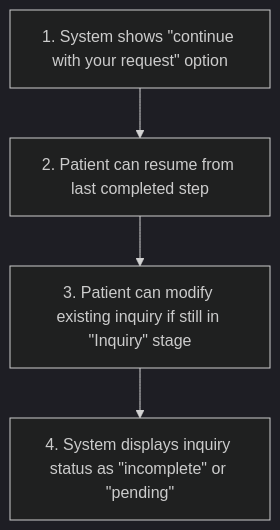
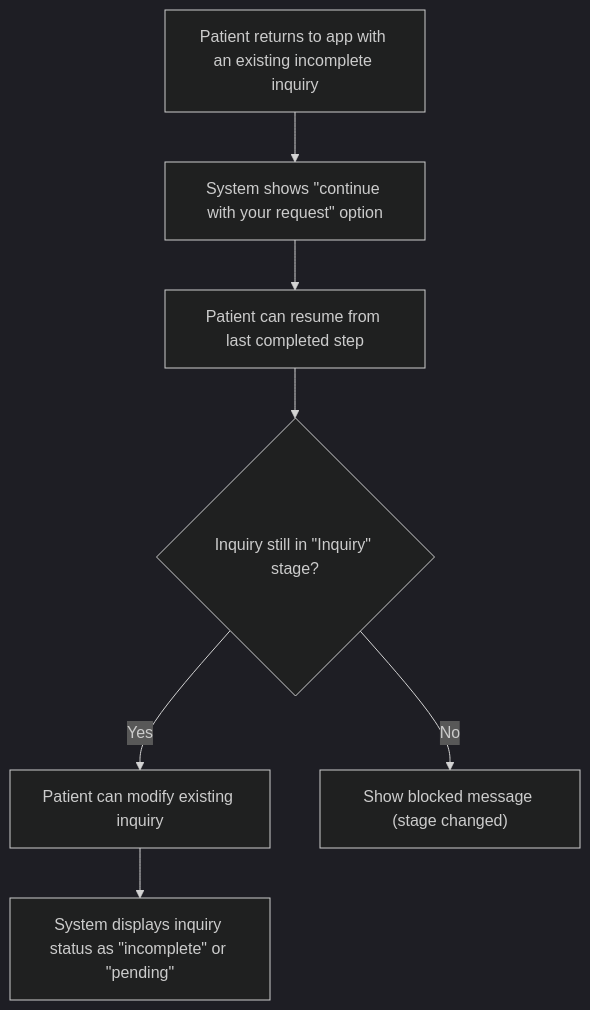
Before and after one commit to joachimtrungtuan/hairline-pm-docs: the third of 14 diagrams in project-requirements/functional-requirements/fr003-inquiry-submission/prd.md, drawn with Mermaid (dark theme). The commit also changed other lines of this file and 12 other files, not shown here.

Commit message:
Update task automation scripts and update FR-003 flows into Mermaid format

````diff
--- a/project-requirements/functional-requirements/fr003-inquiry-submission/prd.md
+++ b/project-requirements/functional-requirements/fr003-inquiry-submission/prd.md
@@ -148,6 +136,9 @@
 ```mermaid
 flowchart TD
-  A2S1["1. System shows &quot;continue with your request&quot; option"] --> A2S2["2. Patient can resume from last completed step"]
-  A2S2 --> A2S3["3. Patient can modify existing inquiry if still in &quot;Inquiry&quot; stage"]
-  A2S3 --> A2S4["4. System displays inquiry status as &quot;incomplete&quot; or &quot;pending&quot;"]
+    Start["Patient returns to app with an existing incomplete inquiry"] --> Prompt["System shows &quot;continue with your request&quot; option"]
+    Prompt --> Resume["Patient can resume from last completed step"]
+    Resume --> CanEdit{"Inquiry still in &quot;Inquiry&quot; stage?"}
+    CanEdit -->|Yes| Modify["Patient can modify existing inquiry"]
+    CanEdit -->|No| Block["Show blocked message (stage changed)"]
+    Modify --> Status["System displays inquiry status as &quot;incomplete&quot; or &quot;pending&quot;"]
 ```
````
